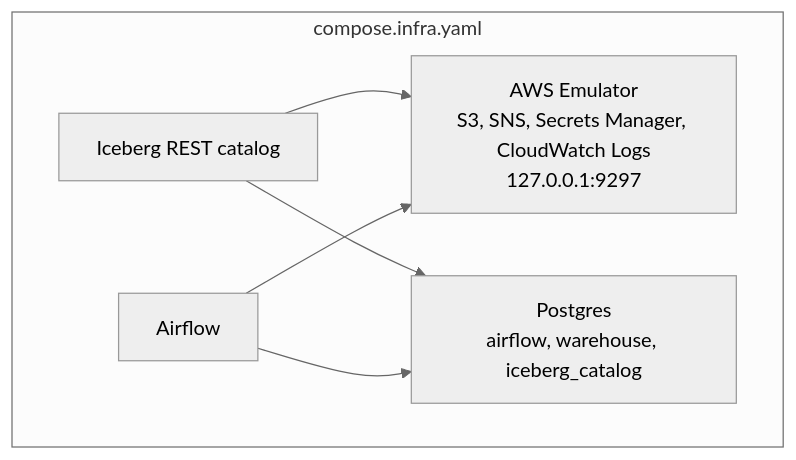
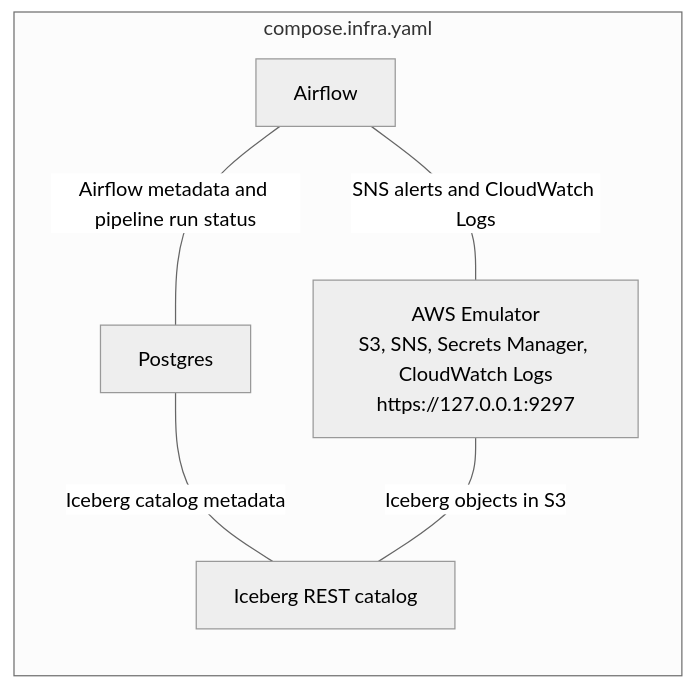
The first of 3 diagrams in ARCHITECTURE.md (gsanchez2141/world-bank-poc), drawn with Mermaid (neutral theme) before and after one commit. The commit also changed other lines of this file and 17 other files, not shown here.

````diff
--- a/ARCHITECTURE.md
+++ b/ARCHITECTURE.md
@@ -30,13 +30,14 @@
 ```mermaid
-flowchart TB
+flowchart LR
   subgraph platform [compose.infra.yaml]
-    EMU["AWS Emulator\nS3, SNS, Secrets Manager, CloudWatch Logs\n127.0.0.1:9297"]
-    PG["Postgres\nairflow, warehouse, iceberg_catalog"]
+    AF["Airflow"]
+    PG["Postgres"]
+    EMU["AWS Emulator\nS3, SNS, Secrets Manager, CloudWatch Logs\nhttps://127.0.0.1:9297"]
     CAT["Iceberg REST catalog"]
-    AF["Airflow"]
+
+    AF ---|Airflow metadata and pipeline run status| PG
+    AF ---|SNS alerts and CloudWatch Logs| EMU
+    PG ---|Iceberg catalog metadata| CAT
+    EMU ---|Iceberg objects in S3| CAT
   end
-  CAT --> PG
-  CAT --> EMU
-  AF --> PG
-  AF --> EMU
 ```
````
